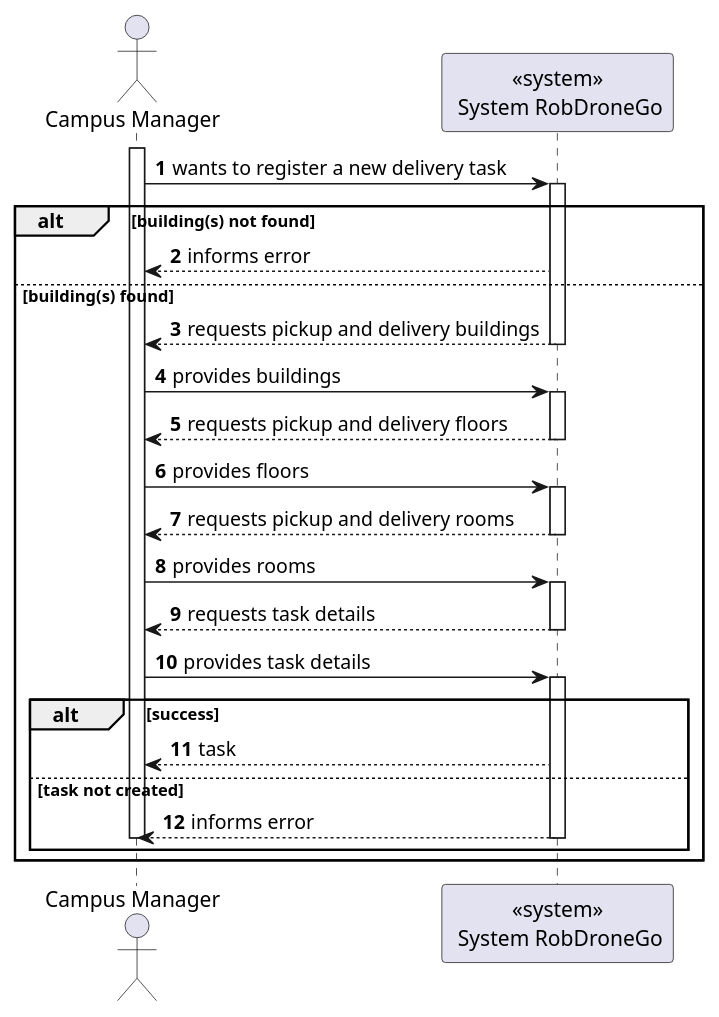
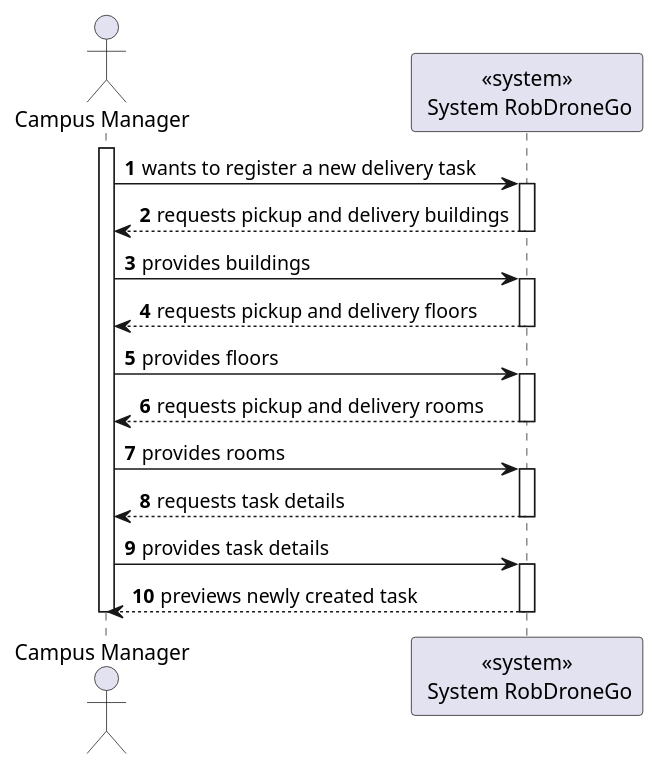
Before and after one commit to Departamento-de-Engenharia-Informatica/lapr5-23-24-g19: the diagram in docs/us460/delivery/level1/process-view.puml, drawn with PlantUML. The commit also changed 11 other files, not shown here.

```diff
--- a/docs/us460/delivery/level1/process-view.puml
+++ b/docs/us460/delivery/level1/process-view.puml
@@ -1,43 +1,35 @@
 @startuml
 autonumber
 
 actor "Campus Manager" as usr
 
 participant "<<system>>\n System RobDroneGo" as sys
 
 activate usr
 usr -> sys : wants to register a new delivery task
-    activate sys
-alt building(s) not found
-    sys --> usr : informs error
-else building(s) found
-    sys --> usr : requests pickup and delivery buildings
-    deactivate sys
-    usr -> sys : provides buildings
+activate sys
+sys --> usr : requests pickup and delivery buildings
+deactivate sys
+usr -> sys : provides buildings
 
-    activate sys
-        sys --> usr : requests pickup and delivery floors
-    deactivate sys
+activate sys
+    sys --> usr : requests pickup and delivery floors
+deactivate sys
 
-    usr -> sys : provides floors
-    activate sys
-    sys --> usr : requests pickup and delivery rooms
-    deactivate sys
+usr -> sys : provides floors
+activate sys
+sys --> usr : requests pickup and delivery rooms
+deactivate sys
 
-    usr -> sys : provides rooms
-    activate sys
-    sys --> usr : requests task details
-    deactivate sys
+usr -> sys : provides rooms
+activate sys
+sys --> usr : requests task details
+deactivate sys
 
-    usr -> sys : provides task details
-    activate sys
-    alt success
-        sys --> usr : task
-    else task not created
-        sys --> usr : informs error
-    deactivate sys
-    deactivate usr
-end
-end
+usr -> sys : provides task details
+activate sys
+sys --> usr : previews newly created task
+deactivate sys
+deactivate usr
 
 @enduml
```
